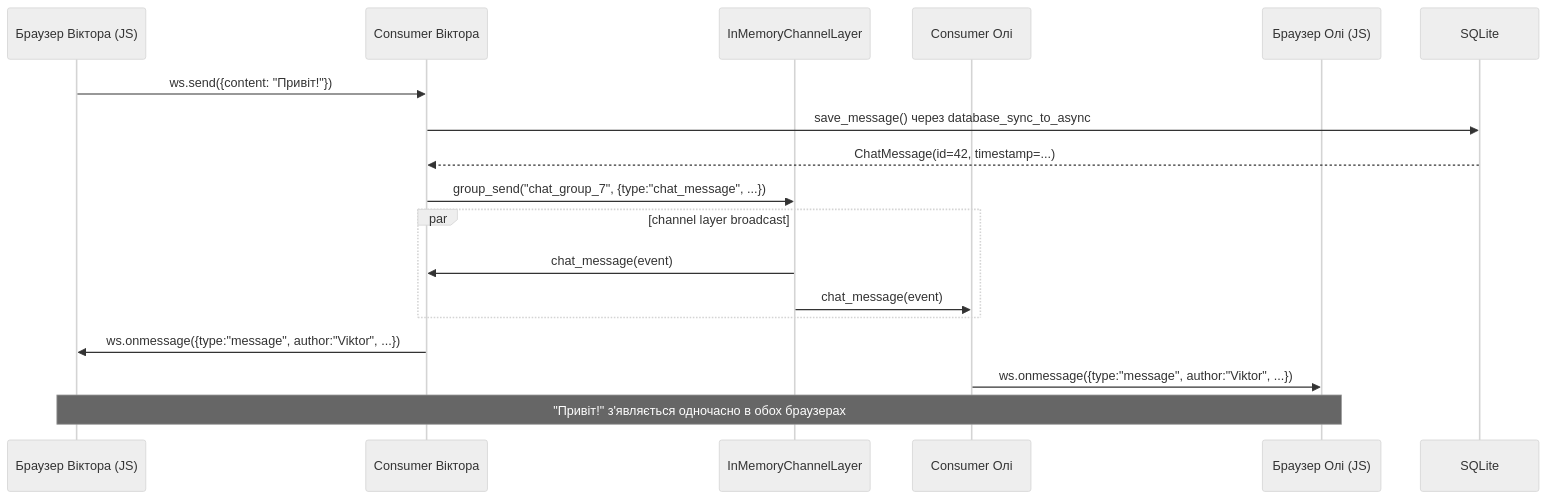
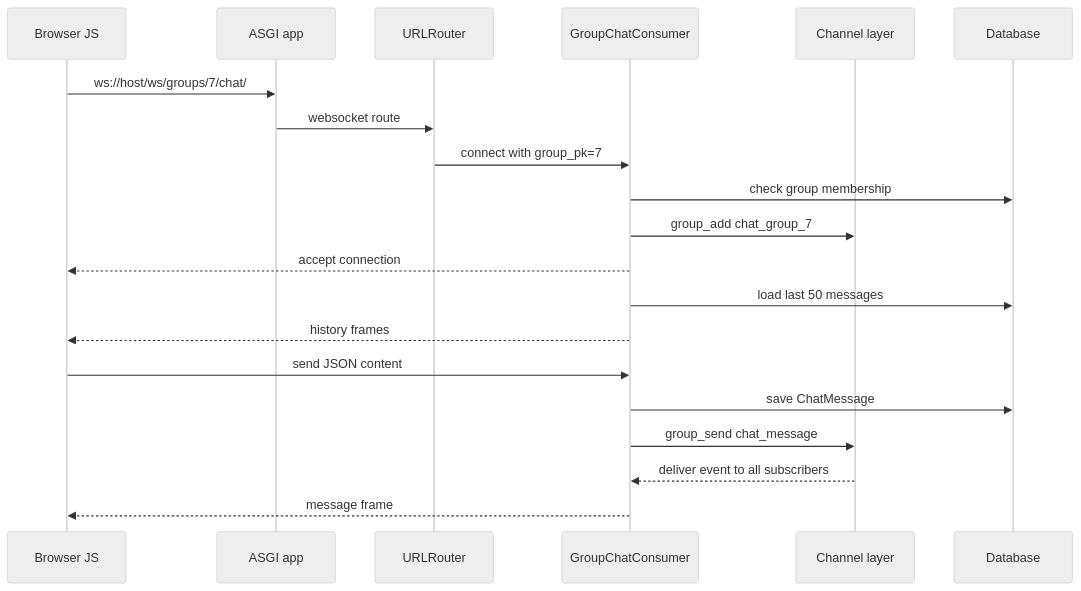
The fourth of 5 diagrams in README.md (NikoriakViktot/notes_chat_app), drawn with Mermaid (neutral theme) before and after one commit. The commit also changed other lines of this file, not shown here.

````diff
--- a/README.md
+++ b/README.md
@@ -1286,21 +758,23 @@
 ```mermaid
 sequenceDiagram
-    participant Viktor_JS as Браузер Віктора (JS)
-    participant Viktor_WS as Consumer Віктора
-    participant ChannelLayer as InMemoryChannelLayer
-    participant Olya_WS as Consumer Олі
-    participant Olya_JS as Браузер Олі (JS)
-    participant DB as SQLite
+    participant B as Browser JS
+    participant A as ASGI app
+    participant R as URLRouter
+    participant C as GroupChatConsumer
+    participant L as Channel layer
+    participant DB as Database
 
-    Viktor_JS->>Viktor_WS: ws.send({content: "Привіт!"})
-    Viktor_WS->>DB: save_message() через database_sync_to_async
-    DB-->>Viktor_WS: ChatMessage(id=42, timestamp=...)
-    Viktor_WS->>ChannelLayer: group_send("chat_group_7", {type:"chat_message", ...})
-    par channel layer broadcast
-        ChannelLayer->>Viktor_WS: chat_message(event)
-        ChannelLayer->>Olya_WS: chat_message(event)
-    end
-    Viktor_WS->>Viktor_JS: ws.onmessage({type:"message", author:"Viktor", ...})
-    Olya_WS->>Olya_JS: ws.onmessage({type:"message", author:"Viktor", ...})
-    Note over Viktor_JS,Olya_JS: "Привіт!" з'являється одночасно в обох браузерах
+    B->>A: ws://host/ws/groups/7/chat/
+    A->>R: websocket route
+    R->>C: connect with group_pk=7
+    C->>DB: check group membership
+    C->>L: group_add chat_group_7
+    C-->>B: accept connection
+    C->>DB: load last 50 messages
+    C-->>B: history frames
+    B->>C: send JSON content
+    C->>DB: save ChatMessage
+    C->>L: group_send chat_message
+    L-->>C: deliver event to all subscribers
+    C-->>B: message frame
 ```
````
